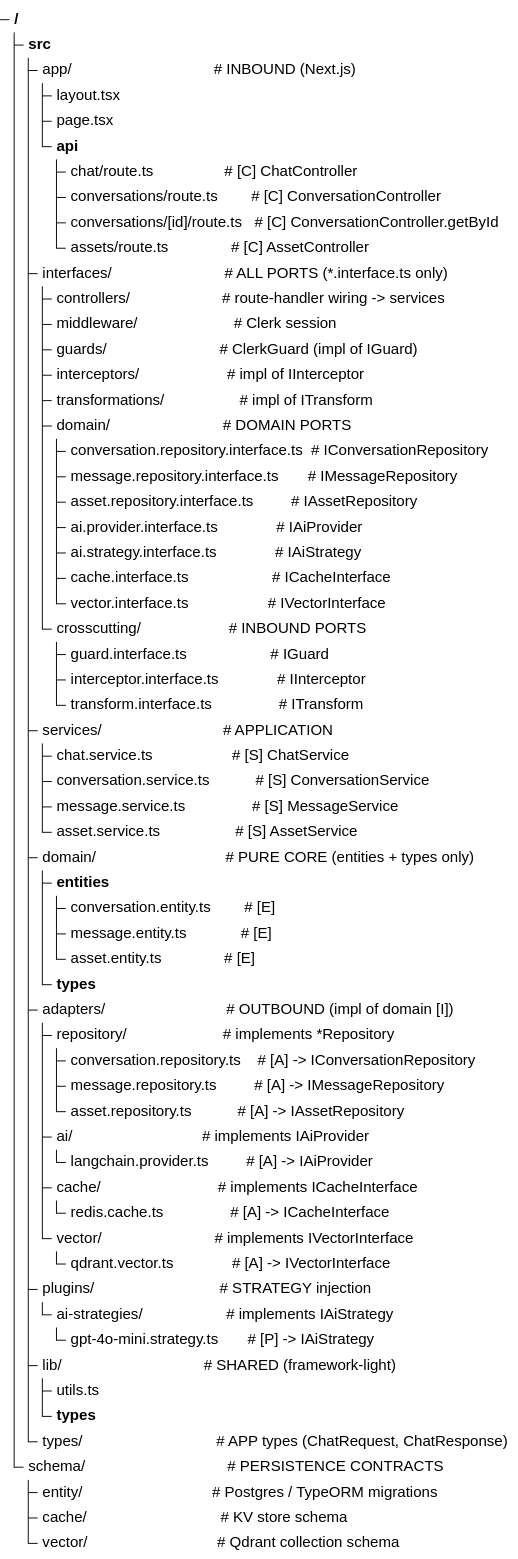
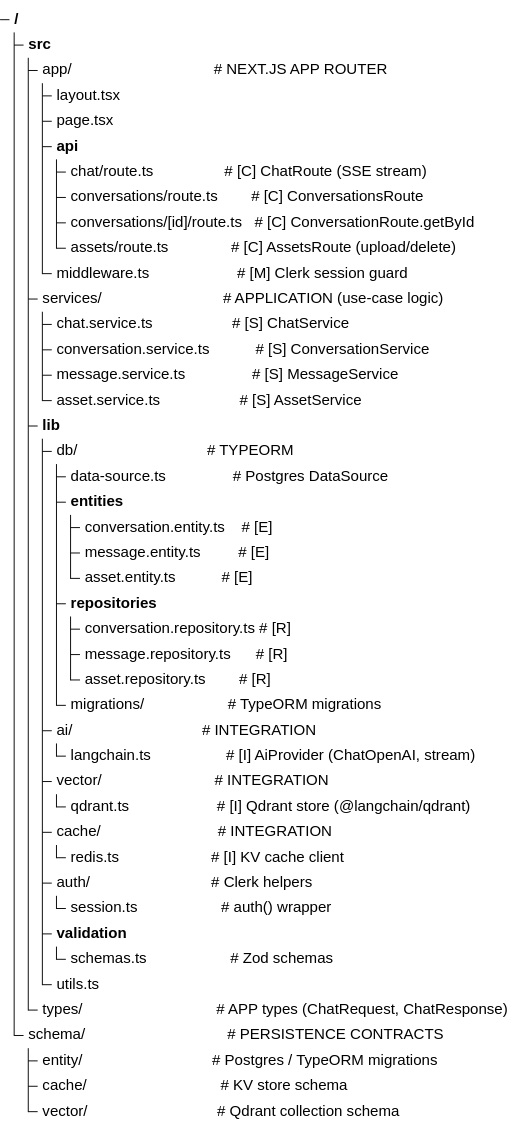
Before and after one commit to Glitch-guy0/chaiGPT: the first of 2 diagrams in _bmad-output/planning-artifacts/01-package.md, drawn with Mermaid (forest theme). The commit also changed other lines of this file and 9 other files, not shown here.

````diff
--- a/_bmad-output/planning-artifacts/01-package.md
+++ b/_bmad-output/planning-artifacts/01-package.md
@@ -11,63 +11,46 @@
 ```mermaid
 treeView-beta
     src/
-        app/                                  # INBOUND (Next.js)
+        app/                                  # NEXT.JS APP ROUTER
             layout.tsx
             page.tsx
             api/
-                chat/route.ts                 # [C] ChatController
-                conversations/route.ts        # [C] ConversationController
-                conversations/[id]/route.ts   # [C] ConversationController.getById
-                assets/route.ts               # [C] AssetController
-        interfaces/                           # ALL PORTS (*.interface.ts only)
-            controllers/                      # route-handler wiring -> services
-            middleware/                       # Clerk session
-            guards/                           # ClerkGuard (impl of IGuard)
-            interceptors/                     # impl of IInterceptor
-            transformations/                  # impl of ITransform
-            domain/                           # DOMAIN PORTS
-                conversation.repository.interface.ts  # IConversationRepository
-                message.repository.interface.ts       # IMessageRepository
-                asset.repository.interface.ts         # IAssetRepository
-                ai.provider.interface.ts              # IAiProvider
-                ai.strategy.interface.ts              # IAiStrategy
-                cache.interface.ts                    # ICacheInterface
-                vector.interface.ts                   # IVectorInterface
-            crosscutting/                     # INBOUND PORTS
-                guard.interface.ts                    # IGuard
-                interceptor.interface.ts              # IInterceptor
-                transform.interface.ts                # ITransform
-        services/                             # APPLICATION
+                chat/route.ts                 # [C] ChatRoute (SSE stream)
+                conversations/route.ts        # [C] ConversationsRoute
+                conversations/[id]/route.ts   # [C] ConversationRoute.getById
+                assets/route.ts               # [C] AssetsRoute (upload/delete)
+            middleware.ts                     # [M] Clerk session guard
+        services/                             # APPLICATION (use-case logic)
             chat.service.ts                   # [S] ChatService
             conversation.service.ts           # [S] ConversationService
             message.service.ts                # [S] MessageService
-            asset.service.ts                  # [S] AssetService
-        domain/                               # PURE CORE (entities + types only)
-            entities/
-                conversation.entity.ts        # [E]
-                message.entity.ts             # [E]
-                asset.entity.ts               # [E]
-            types/
-        adapters/                             # OUTBOUND (impl of domain [I])
-            repository/                       # implements *Repository
-                conversation.repository.ts    # [A] -> IConversationRepository
-                message.repository.ts         # [A] -> IMessageRepository
-                asset.repository.ts           # [A] -> IAssetRepository
-            ai/                               # implements IAiProvider
-                langchain.provider.ts         # [A] -> IAiProvider
-            cache/                            # implements ICacheInterface
-                redis.cache.ts                # [A] -> ICacheInterface
-            vector/                           # implements IVectorInterface
-                qdrant.vector.ts              # [A] -> IVectorInterface
-        plugins/                              # STRATEGY injection
-            ai-strategies/                    # implements IAiStrategy
-                gpt-4o-mini.strategy.ts       # [P] -> IAiStrategy
-        lib/                                  # SHARED (framework-light)
+            asset.service.ts                   # [S] AssetService
+        lib/
+            db/                               # TYPEORM
+                data-source.ts                # Postgres DataSource
+                entities/
+                    conversation.entity.ts    # [E]
+                    message.entity.ts         # [E]
+                    asset.entity.ts           # [E]
+                repositories/
+                    conversation.repository.ts # [R]
+                    message.repository.ts      # [R]
+                    asset.repository.ts        # [R]
+                migrations/                    # TypeORM migrations
+            ai/                               # INTEGRATION
+                langchain.ts                  # [I] AiProvider (ChatOpenAI, stream)
+            vector/                           # INTEGRATION
+                qdrant.ts                     # [I] Qdrant store (@langchain/qdrant)
+            cache/                            # INTEGRATION
+                redis.ts                      # [I] KV cache client
+            auth/                             # Clerk helpers
+                session.ts                    # auth() wrapper
+            validation/
+                schemas.ts                    # Zod schemas
             utils.ts
-            types/
         types/                                # APP types (ChatRequest, ChatResponse)
     schema/                                  # PERSISTENCE CONTRACTS
         entity/                               # Postgres / TypeORM migrations
         cache/                                # KV store schema
         vector/                               # Qdrant collection schema
 ```
````
